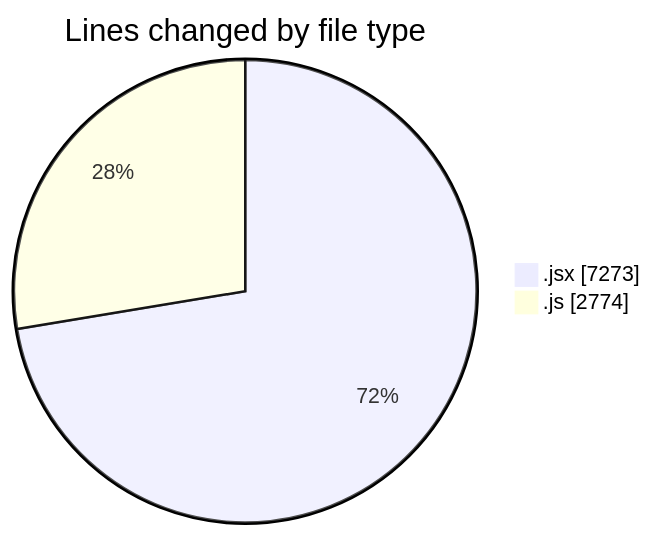
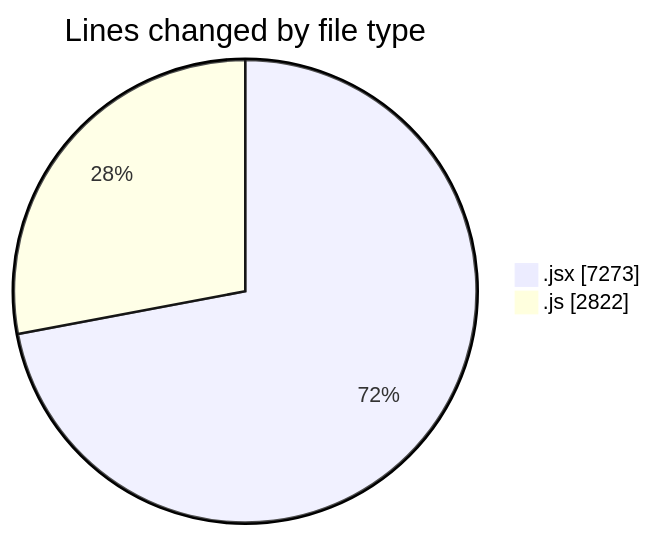
The first of 2 diagrams in 2025-12-11/nxtqube_webapp/README.md (nxtqubesakshisongat/code-tracking), drawn with Mermaid before and after one commit. The commit also changed other lines of this file and 1 other file, not shown here.

````diff
--- a/2025-12-11/nxtqube_webapp/README.md
+++ b/2025-12-11/nxtqube_webapp/README.md
@@ -33,6 +33,6 @@
 ```mermaid
 pie showData
 title Lines changed by file type
 ".jsx" : 7273
-".js" : 2774
+".js" : 2822
 ```
````
